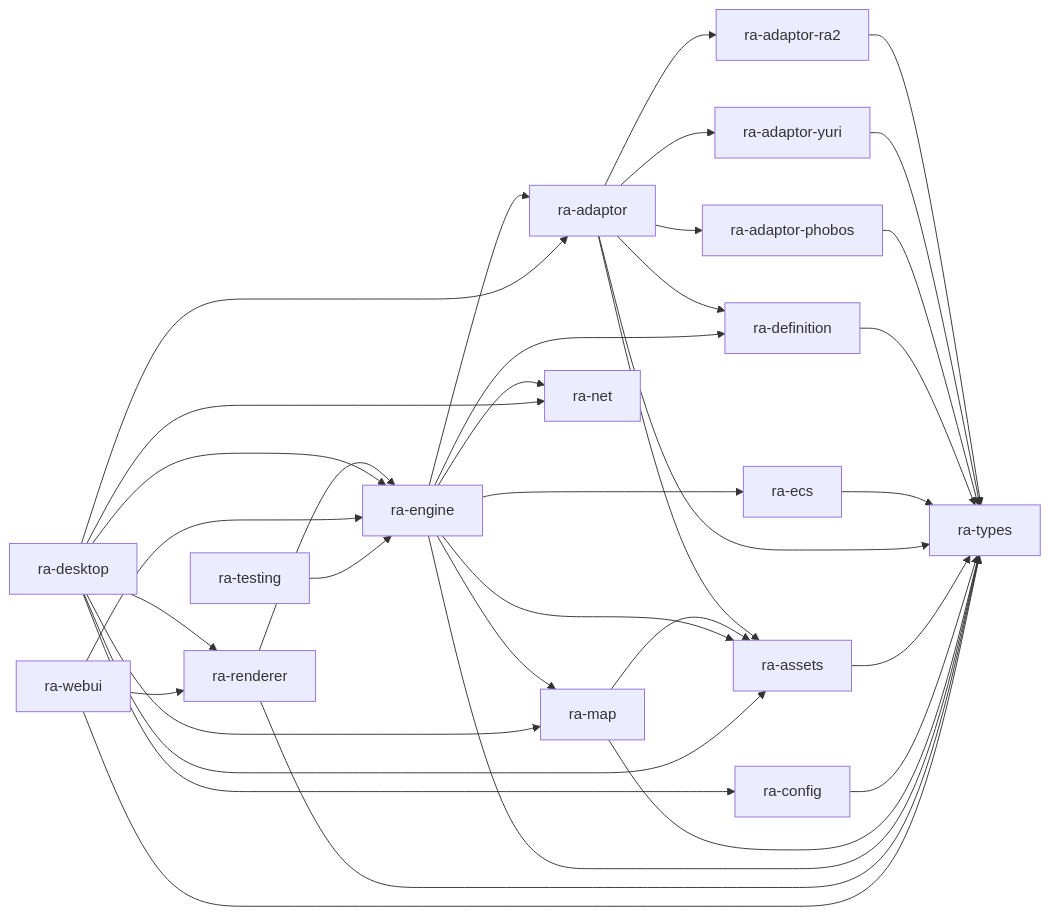
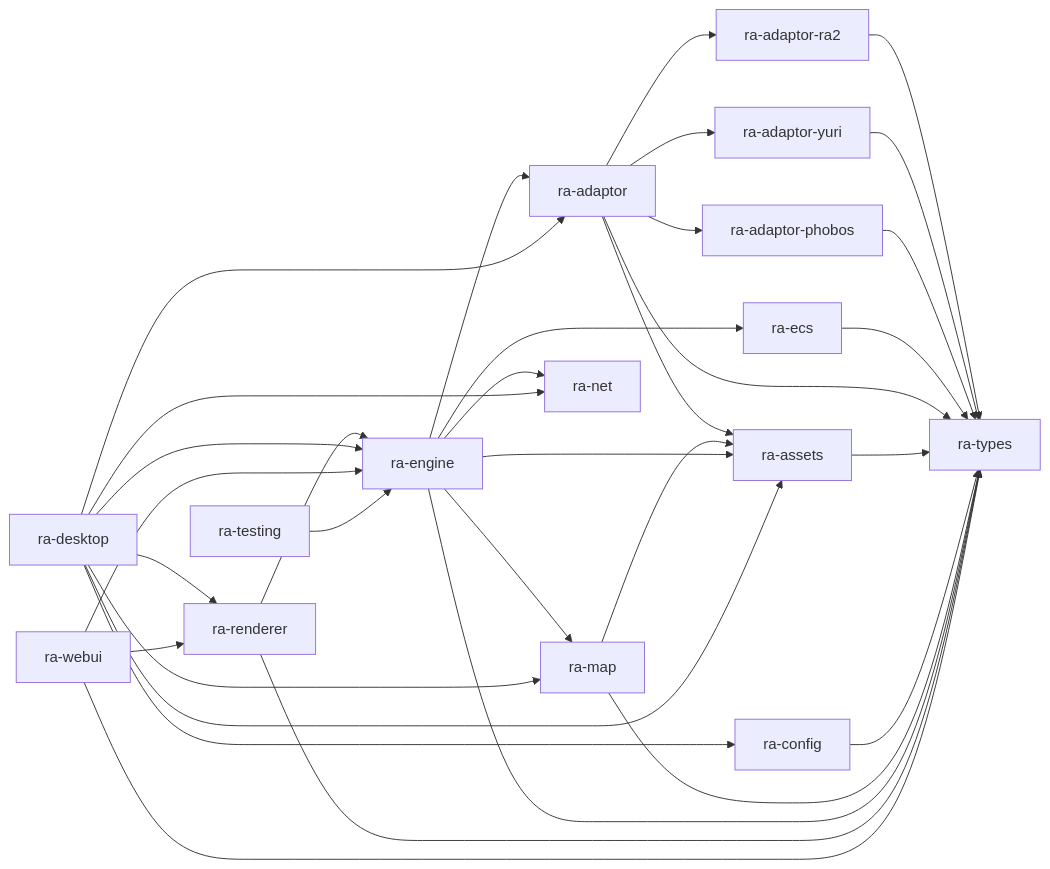
One commit to rust-alert/ra2.exe changed the third of 3 diagrams in readme.md. Above: the diagram before and after it, drawn with Mermaid. The commit also changed other lines of this file and 46 other files, not shown here.

First line of the commit message:
♻️ Fold `RuntimeDefinitions` into `ra-types` and drop `ra-definition`

````diff
--- a/readme.md
+++ b/readme.md
@@ -161,54 +157,50 @@
 ```mermaid
 flowchart LR
     types[ra-types]
-    defs[ra-definition]
     ecs[ra-ecs]
     ra2a[ra-adaptor-ra2]
     yra[ra-adaptor-yuri]
     phobos[ra-adaptor-phobos]
     ad[ra-adaptor]
     as[ra-assets]
     cf[ra-config]
     mp[ra-map]
     eng[ra-engine]
     re[ra-renderer]
     de[ra-desktop]
     we[ra-webui]
     te[ra-testing]
     net[ra-net]
     ra2a --> types
     yra --> types
     phobos --> types
-    defs --> types
     ecs --> types
     ad --> types
     ad --> as
-    ad --> defs
     ad --> ra2a
     ad --> yra
     ad --> phobos
     as --> types
     cf --> types
     mp --> types
     mp --> as
     eng --> types
     eng --> ecs
-    eng --> defs
     eng --> ad
     eng --> mp
     eng --> as
     eng --> net
     re --> types
     re --> eng
     de --> ad
     de --> cf
     de --> as
     de --> mp
     de --> eng
     de --> re
     de --> net
     we --> types
     we --> eng
     we --> re
     te --> eng
 ```
````
